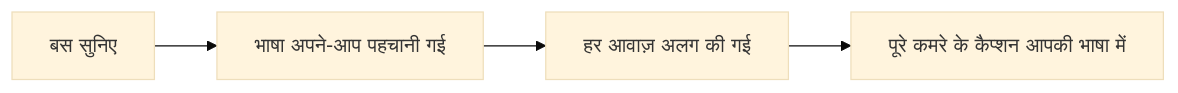
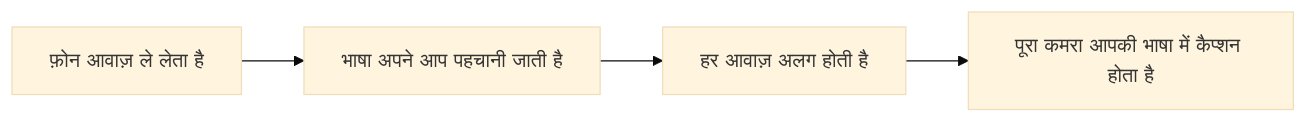
One commit to rpalm01-star/VigilantEarLegal changed the first of 4 diagrams in README_hi.md. Above: the diagram before and after it, drawn with Mermaid (base theme). The commit also changed other lines of this file and 14 other files, not shown here.

````diff
--- a/README_hi.md
+++ b/README_hi.md
@@ -73,4 +89,4 @@
 ```mermaid
 graph LR
-    A["बस सुनिए"] --> B["भाषा अपने-आप पहचानी गई"] --> C["हर आवाज़ अलग की गई"] --> D["पूरे कमरे के कैप्शन आपकी भाषा में"]
+    A["फ़ोन आवाज़ ले लेता है"] --> B["भाषा अपने आप पहचानी जाती है"] --> C["हर आवाज़ अलग होती है"] --> D["पूरा कमरा आपकी भाषा में कैप्शन होता है"]
 ```
````
